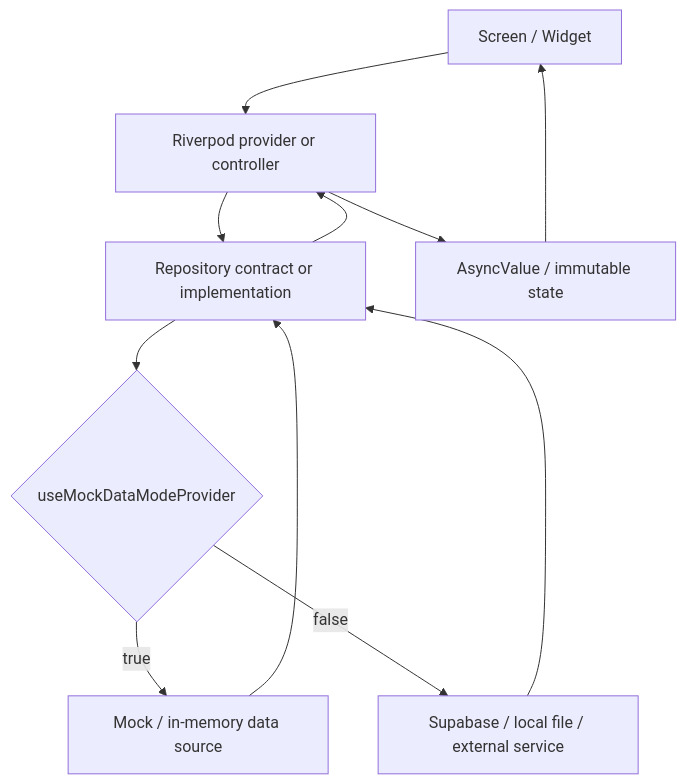
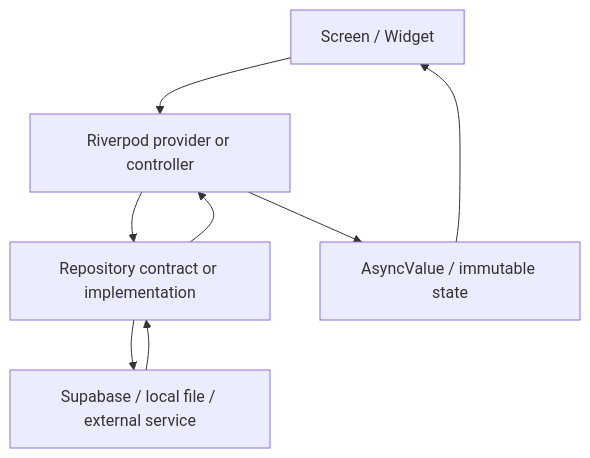
Before and after one commit to GrootTheDeveloper/moniary: the diagram in docs/agent-context/03-architecture.md, drawn with Mermaid. The commit also changed other lines of this file and 36 other files, not shown here.

````diff
--- a/docs/agent-context/03-architecture.md
+++ b/docs/agent-context/03-architecture.md
@@ -23,13 +23,10 @@
 ```mermaid
 flowchart TD
   UI[Screen / Widget] --> P[Riverpod provider or controller]
   P --> R[Repository contract or implementation]
-  R --> M{useMockDataModeProvider}
-  M -->|true| Mock[Mock / in-memory data source]
-  M -->|false| Data[Supabase / local file / external service]
+  R --> Data[Supabase / local file / external service]
   Data --> R
-  Mock --> R
   R --> P
   P --> State[AsyncValue / immutable state]
   State --> UI
 ```
````
